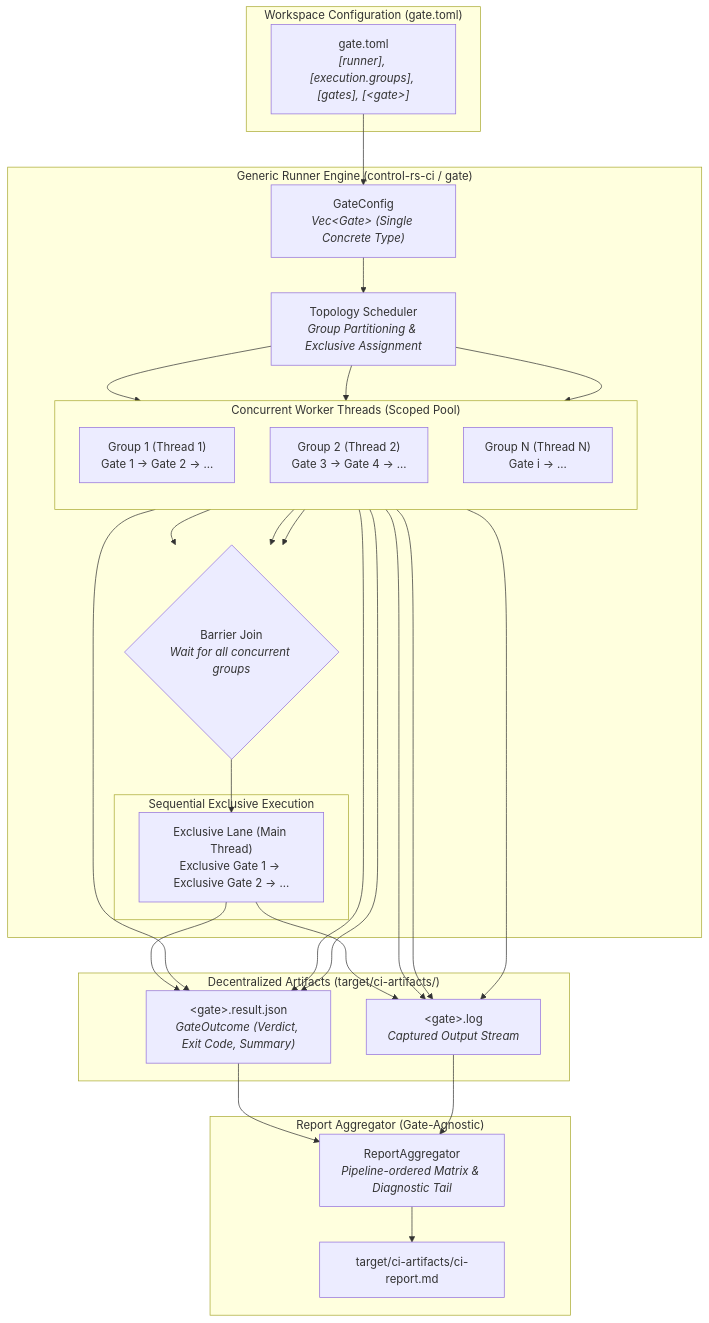
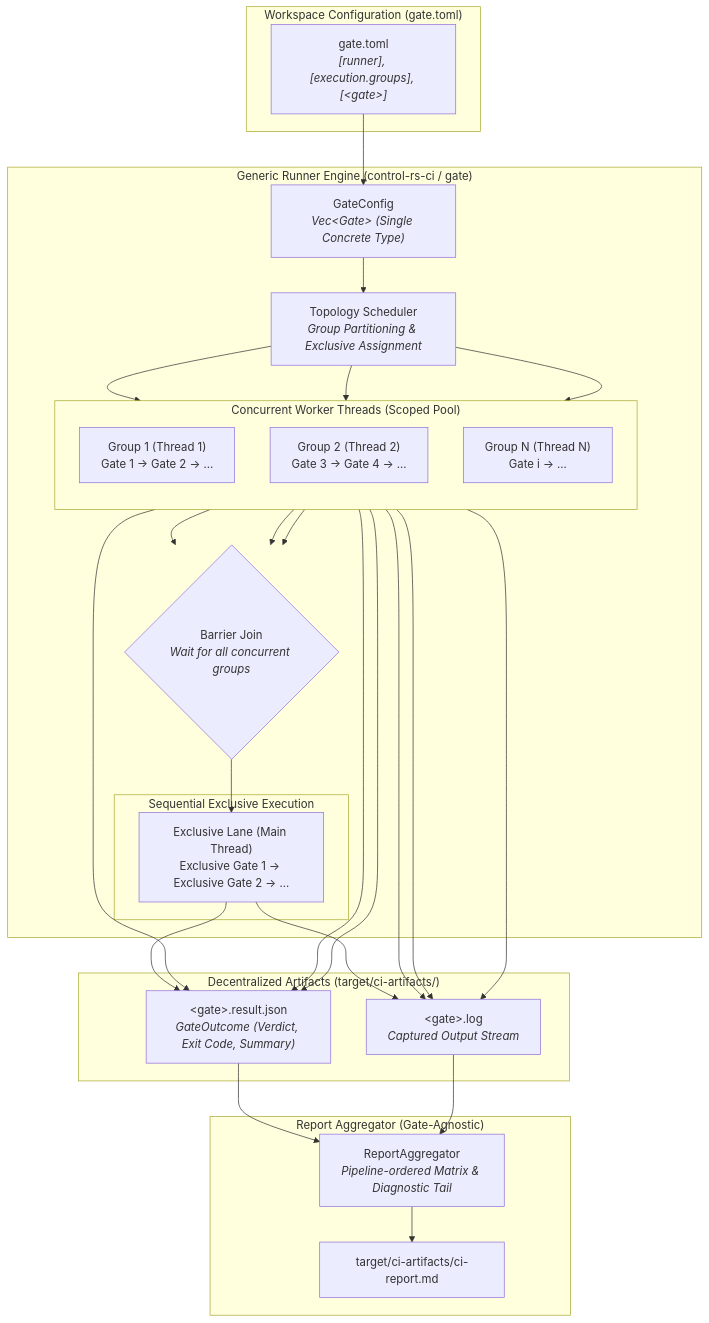
The diagram in documentation/ci/ci-design.md (Dyse-Industries/control-rs), drawn with Mermaid before and after one commit. The commit also changed other lines of this file and 15 other files, not shown here.

````diff
--- a/documentation/ci/ci-design.md
+++ b/documentation/ci/ci-design.md
@@ -59,42 +59,42 @@
 ```mermaid
 flowchart TD
     subgraph Config["Workspace Configuration (gate.toml)"]
-        CFG["gate.toml<br/><i>[runner], [execution.groups], [gates], [&lt;gate&gt;]</i>"]
+        CFG["gate.toml<br/><i>[runner], [execution.groups], [&lt;gate&gt;]</i>"]
     end
 
     subgraph Runner["Generic Runner Engine (control-rs-ci / gate)"]
         GC["GateConfig<br/><i>Vec&lt;Gate&gt; (Single Concrete Type)</i>"]
         SCHED["Topology Scheduler<br/><i>Group Partitioning &amp; Exclusive Assignment</i>"]
         
         subgraph Groups["Concurrent Worker Threads (Scoped Pool)"]
             direction TB
             G1["Group 1 (Thread 1)<br/>Gate 1 → Gate 2 → ..."]
             G2["Group 2 (Thread 2)<br/>Gate 3 → Gate 4 → ..."]
             GN["Group N (Thread N)<br/>Gate i → ..."]
         end
         
         BARRIER{"Barrier Join<br/><i>Wait for all concurrent groups</i>"}
         
         subgraph Exclusive["Sequential Exclusive Execution"]
             EX["Exclusive Lane (Main Thread)<br/>Exclusive Gate 1 → Exclusive Gate 2 → ..."]
         end
     end
 
     subgraph Artifacts["Decentralized Artifacts (target/ci-artifacts/)"]
         RES["&lt;gate&gt;.result.json<br/><i>GateOutcome (Verdict, Exit Code, Summary)</i>"]
         LOG["&lt;gate&gt;.log<br/><i>Captured Output Stream</i>"]
     end
 
     subgraph Reporting["Report Aggregator (Gate-Agnostic)"]
         AGG["ReportAggregator<br/><i>Pipeline-ordered Matrix &amp; Diagnostic Tail</i>"]
         MD["target/ci-artifacts/ci-report.md"]
     end
 
     CFG --> GC --> SCHED
     SCHED --> G1 & G2 & GN
     G1 & G2 & GN --> BARRIER
     BARRIER --> EX
     G1 & G2 & GN --> RES & LOG
     EX --> RES & LOG
     RES & LOG --> AGG --> MD
 ```
````
